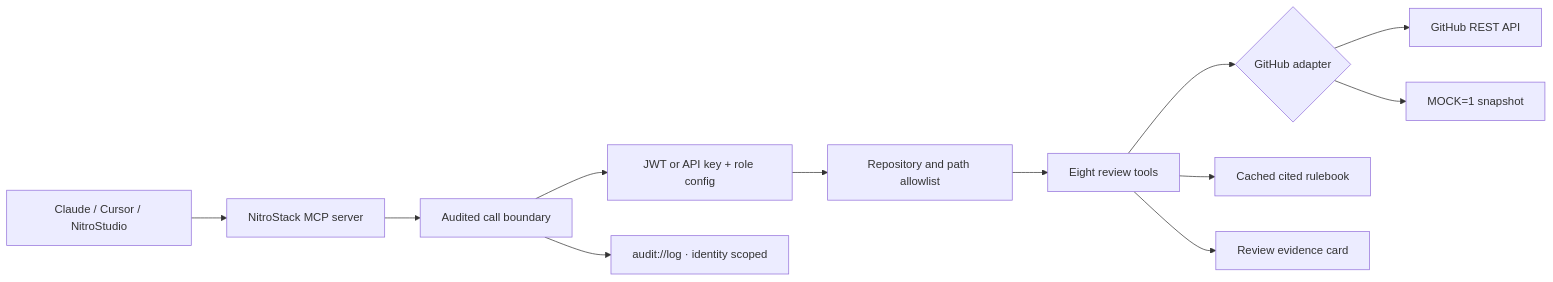
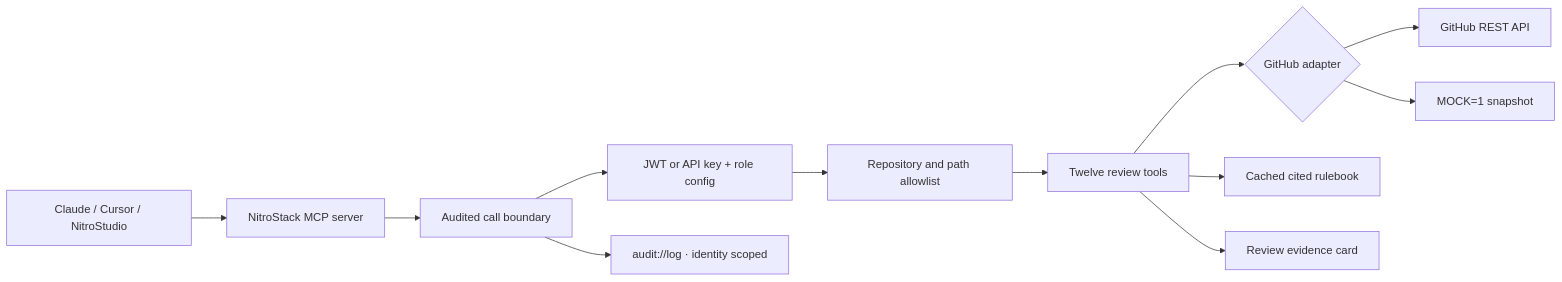
Before and after one commit to kshirajahere/pr-archaeologist: the diagram in README.md, drawn with Mermaid. The commit also changed other lines of this file and 25 other files, not shown here.

````diff
--- a/README.md
+++ b/README.md
@@ -25,14 +25,14 @@
 ```mermaid
 flowchart LR
   Client[Claude / Cursor / NitroStudio] --> MCP[NitroStack MCP server]
   MCP --> Audit[Audited call boundary]
   Audit --> Guard[JWT or API key + role config]
   Guard --> Scope[Repository and path allowlist]
-  Scope --> Tools[Eight review tools]
+  Scope --> Tools[Twelve review tools]
   Tools --> Data{GitHub adapter}
   Data --> REST[GitHub REST API]
   Data --> Mock[MOCK=1 snapshot]
   Tools --> Rules[Cached cited rulebook]
   Tools --> Card[Review evidence card]
   Audit --> Log[audit://log · identity scoped]
 ```
````
